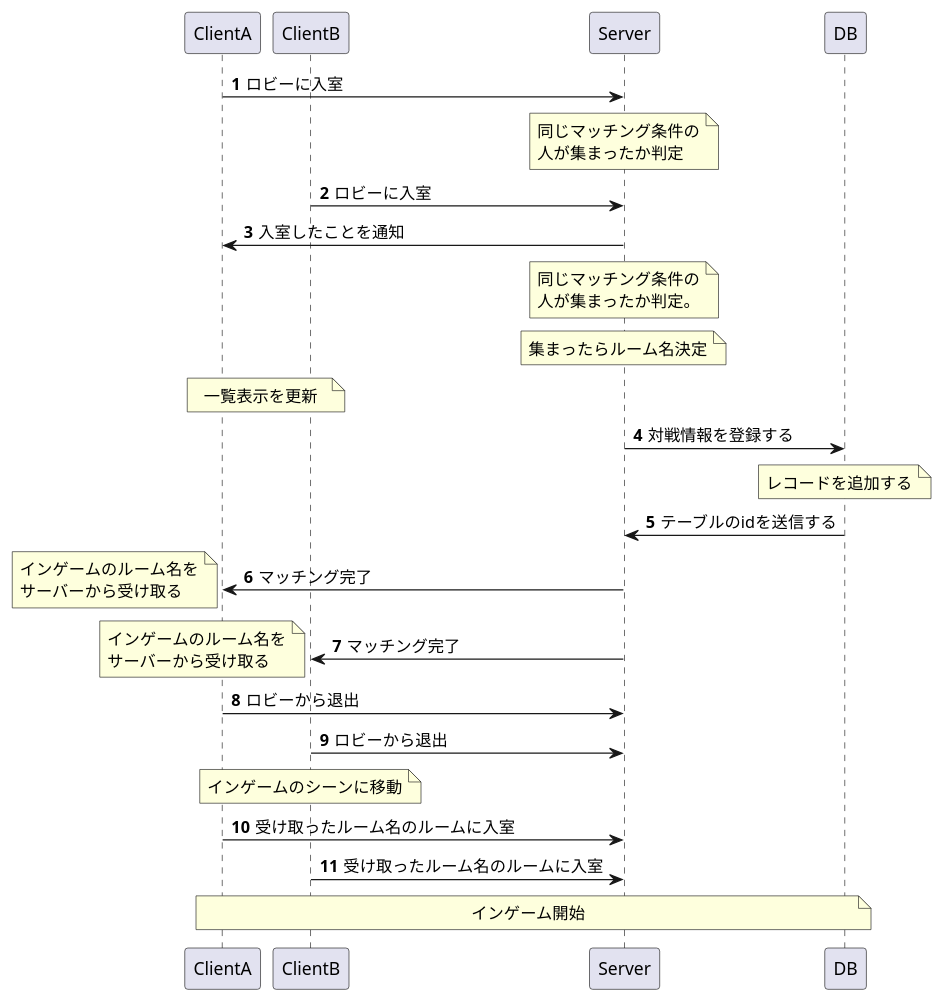
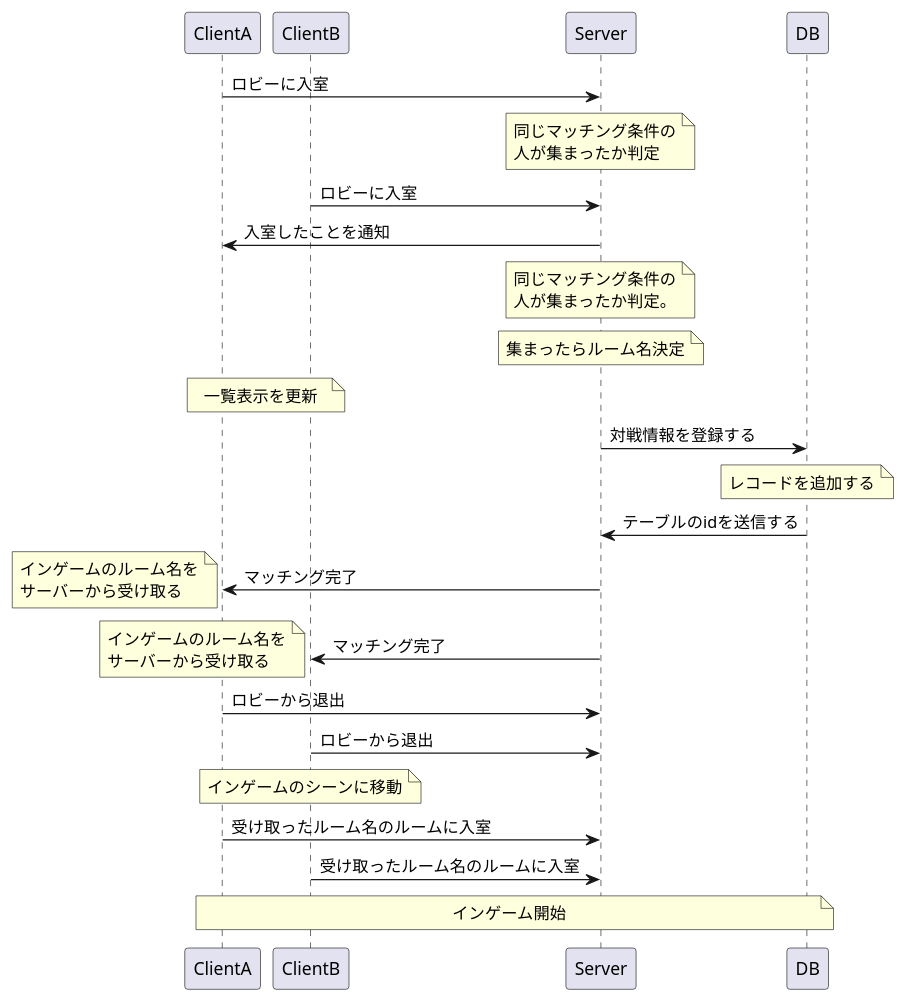
Before and after one commit to Bekomochi/RealTime-Repository: the diagram in Document/Matching.puml, drawn with PlantUML. The commit also changed 8 other files, not shown here.

```diff
--- a/Document/Matching.puml
+++ b/Document/Matching.puml
@@ -1,39 +1,37 @@
 @startuml
 'https://plantuml.com/sequence-diagram
-
-autonumber
 
 participant ClientA
 participant ClientB
 participant Server
 participant DB
 
 ClientA->Server:ロビーに入室
 note over Server:同じマッチング条件の\n人が集まったか判定
 
 ClientB->Server:ロビーに入室
 ClientA<-Server:入室したことを通知
 note over Server:同じマッチング条件の\n人が集まったか判定。
 note over Server:集まったらルーム名決定
 
 note over ClientA,ClientB:一覧表示を更新
 
 Server->DB:対戦情報を登録する
 note over DB:レコードを追加する
 
 Server<-DB:テーブルのidを送信する
 ClientA<-Server:マッチング完了
 note left:インゲームのルーム名を\nサーバーから受け取る
 ClientB<-Server:マッチング完了
 note left:インゲームのルーム名を\nサーバーから受け取る
 
 ClientA->Server:ロビーから退出
 ClientB->Server:ロビーから退出
 note over ClientB:インゲームのシーンに移動
 
 ClientA->Server:受け取ったルーム名のルームに入室
 ClientB->Server:受け取ったルーム名のルームに入室
 
 note across:インゲーム開始
 
 @enduml
```
